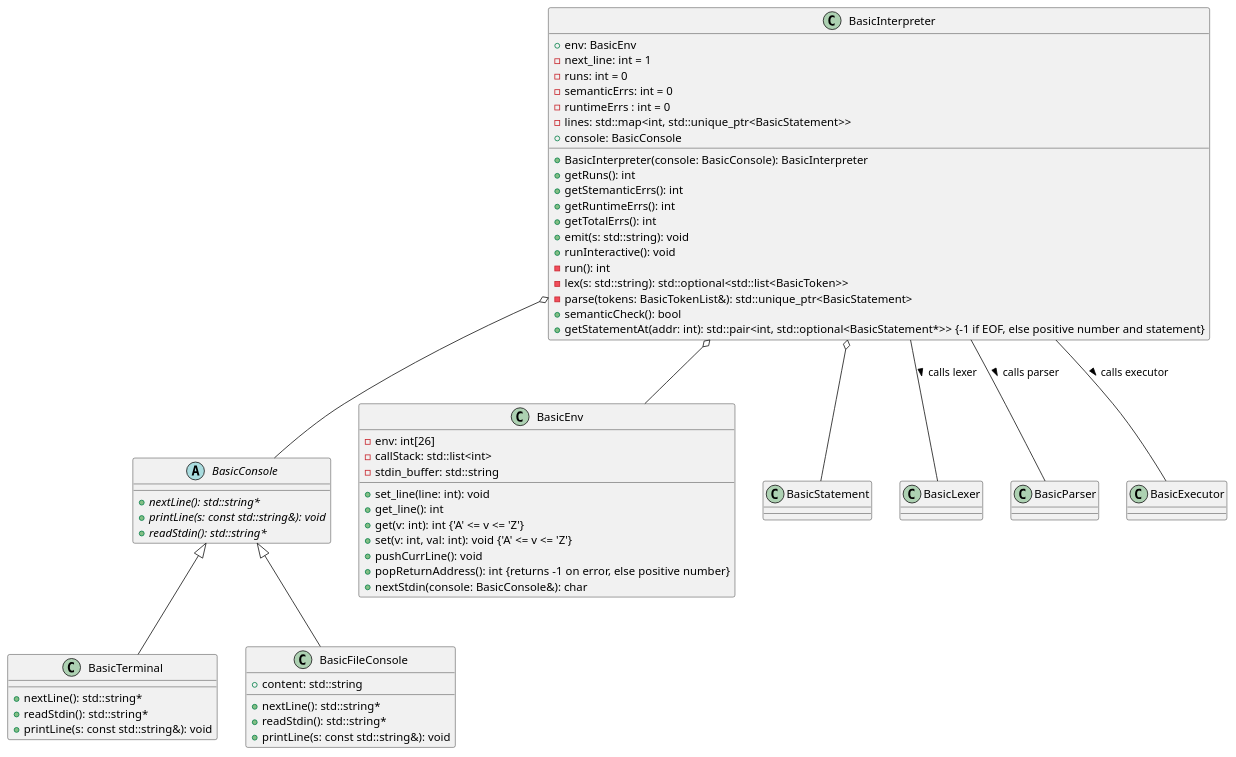
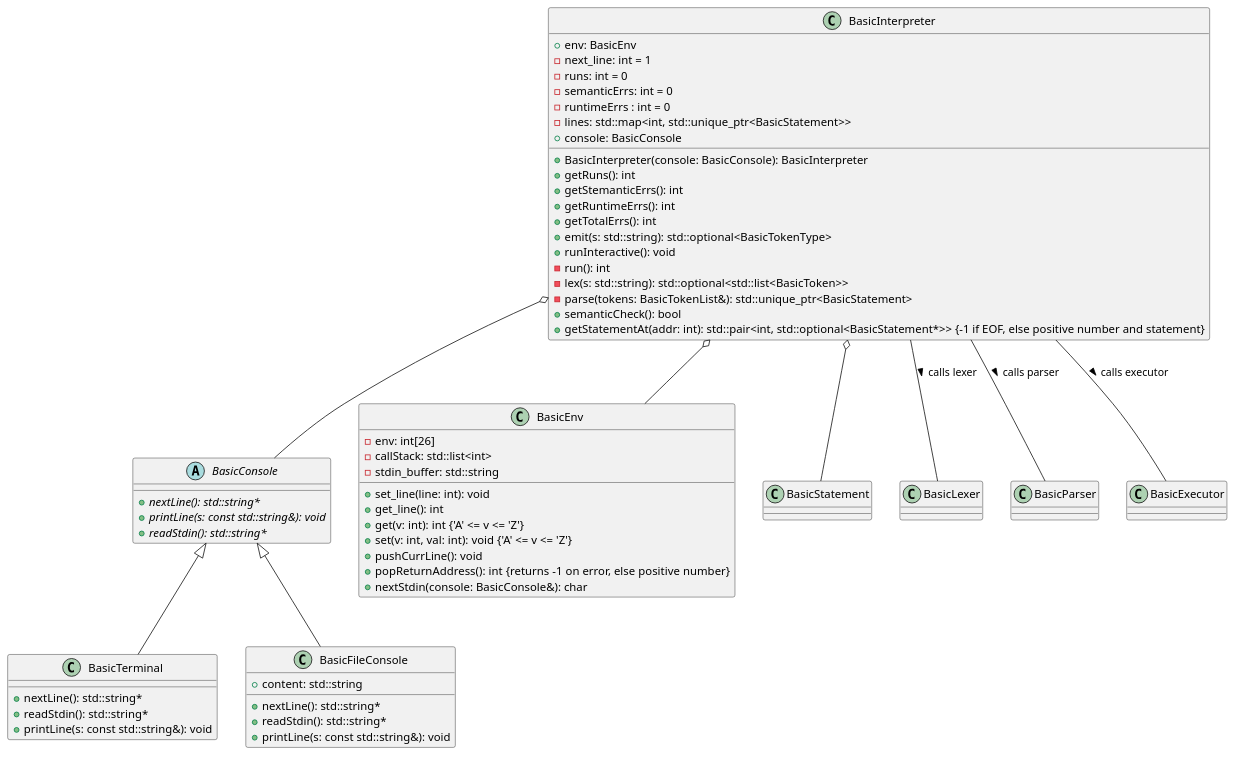
Before and after one commit to rossonlinesolutions/BASIC: the diagram in Documentation/InterpreterClasses.puml, drawn with PlantUML. The commit also changed 7 other files, not shown here.

```diff
--- a/Documentation/InterpreterClasses.puml
+++ b/Documentation/InterpreterClasses.puml
@@ -1,65 +1,65 @@
 @startuml Interpreter classes
 
 class BasicInterpreter {
     + env: BasicEnv
     - next_line: int = 1
     - runs: int = 0
     - semanticErrs: int = 0
     - runtimeErrs : int = 0
     - lines: std::map<int, std::unique_ptr<BasicStatement>>
     + console: BasicConsole
     + BasicInterpreter(console: BasicConsole): BasicInterpreter
     + getRuns(): int
     + getStemanticErrs(): int
     + getRuntimeErrs(): int
     + getTotalErrs(): int
-    + emit(s: std::string): void
+    + emit(s: std::string): std::optional<BasicTokenType>
     + runInteractive(): void
     - run(): int
     - lex(s: std::string): std::optional<std::list<BasicToken>>
     - parse(tokens: BasicTokenList&): std::unique_ptr<BasicStatement>
     + semanticCheck(): bool
     + getStatementAt(addr: int): std::pair<int, std::optional<BasicStatement*>> {-1 if EOF, else positive number and statement}
 }
 
 abstract class BasicConsole {
     + {abstract} nextLine(): std::string*
     + {abstract} printLine(s: const std::string&): void
     + {abstract} readStdin(): std::string*
 }
 
 class BasicTerminal extends BasicConsole {
     + nextLine(): std::string*
     + readStdin(): std::string*
     + printLine(s: const std::string&): void
 }
 
 class BasicFileConsole extends BasicConsole {
     + content: std::string
     + nextLine(): std::string*
     + readStdin(): std::string*
     + printLine(s: const std::string&): void
 }
 
 class BasicEnv {
     - env: int[26]
     - callStack: std::list<int>
     - stdin_buffer: std::string
     + set_line(line: int): void
     + get_line(): int
     + get(v: int): int {'A' <= v <= 'Z'}
     + set(v: int, val: int): void {'A' <= v <= 'Z'}
     + pushCurrLine(): void
     + popReturnAddress(): int {returns -1 on error, else positive number}
     + nextStdin(console: BasicConsole&): char
 }
 
 BasicInterpreter o-- BasicConsole
 BasicInterpreter o-- BasicStatement
 BasicInterpreter o-- BasicEnv
 
 BasicInterpreter -- BasicLexer : calls lexer >
 BasicInterpreter -- BasicParser : calls parser >
 BasicInterpreter -- BasicExecutor : calls executor >
 
 @enduml
```
